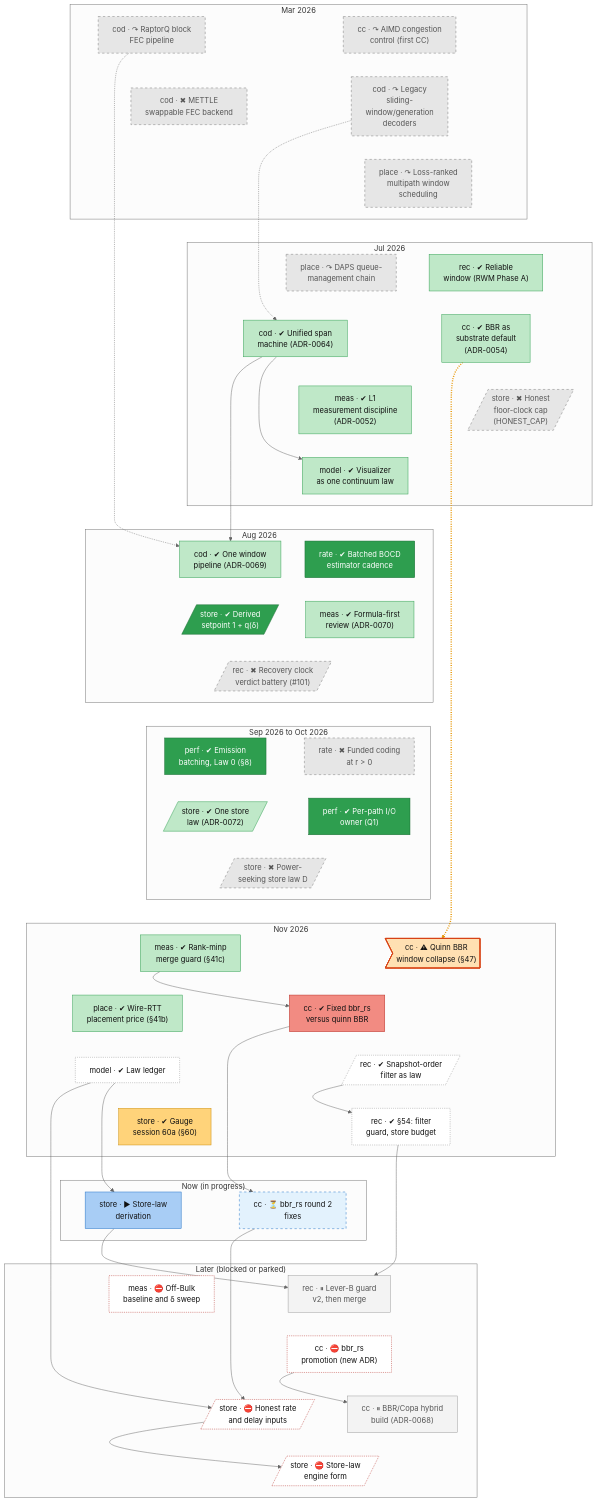
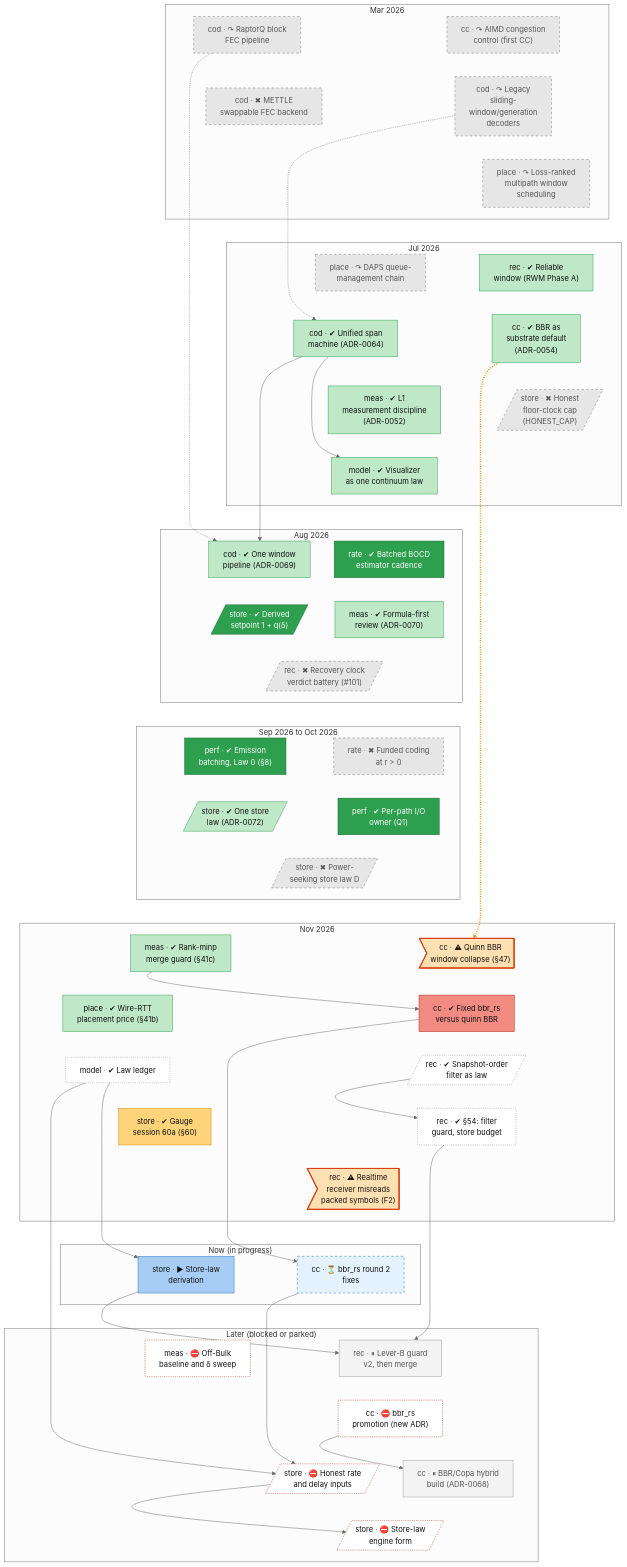
Before and after one commit to lhns/raptorpath: the second of 2 diagrams in docs/roadmap.md, drawn with Mermaid (neutral theme). The commit also changed other lines of this file and 4 other files, not shown here.

First line of the commit message:
status: engine defect F2 (Realtime receiver misreads packed symbols when the one-shot WindowStart is lost; acks what it cannot unframe) and §51 Amendment 2 (E rehearsal NO-GO from F2; block E and block 51's Realtime rows wait for the fix); roadmap node

```diff
--- a/docs/roadmap.md
+++ b/docs/roadmap.md
@@ -136,6 +136,7 @@
         model_law_ledger["model · ✔ Law ledger"]
         rec_s54_session["rec · ✔ #167;54: filter<br/>guard, store budget"]
         store_s60a["store · ✔ Gauge<br/>session 60a (#167;60)"]
+        rec_defect_realtime_framing>"rec · ⚠ Realtime<br/>receiver misreads<br/>packed symbols (F2)"]
     end
     subgraph bd_5["Now (in progress)"]
         cc_bbrrs_r2["cc · ⏳ bbr_rs round 2<br/>fixes"]
@@ -181,8 +182,10 @@
     place_wire_price ~~~ model_law_ledger
     rec_snapver_law ~~~ rec_s54_session
     model_law_ledger ~~~ store_s60a
-    rec_s54_session ~~~ cc_bbrrs_r2
-    store_s60a ~~~ store_law_derivation
+    rec_s54_session ~~~ rec_defect_realtime_framing
+    store_s60a ~~~ rec_defect_realtime_framing
+    rec_defect_realtime_framing ~~~ cc_bbrrs_r2
+    rec_defect_realtime_framing ~~~ store_law_derivation
     cc_bbrrs_r2 ~~~ rec_leverb_guard
     store_law_derivation ~~~ meas_s51_session
     rec_leverb_guard ~~~ cc_bbrrs_promote
@@ -206,7 +209,7 @@
     model_law_ledger --> store_fix_maxbw_minrtt
     cc_bbrrs_r2 --> store_fix_maxbw_minrtt
     store_fix_maxbw_minrtt --> store_engine_form_impl
-    linkStyle 44 stroke:#e69500,stroke-width:3px,stroke-dasharray:2 3
+    linkStyle 46 stroke:#e69500,stroke-width:3px,stroke-dasharray:2 3
     classDef vsucc fill:#2e9e4f,stroke:#1b6b34,color:#fff
     classDef succ fill:#bfe8c8,stroke:#2e9e4f,color:#111
     classDef mixed fill:#ffd37a,stroke:#c98a00,color:#111
@@ -226,7 +229,7 @@
     class rate_est_cadence,store_delta_cap,perf_emit_batch_law0,perf_io_owner vsucc
     class store_law_derivation inprog
     class store_s60a mixed
-    class cc_quinn_bbr_collapse defect
+    class rec_defect_realtime_framing,cc_quinn_bbr_collapse defect
     class cc_bbrrs_r1 bad
     class cc_bbrrs_r2 waiting
     class rec_leverb_guard,cc_hybrid parked
```
